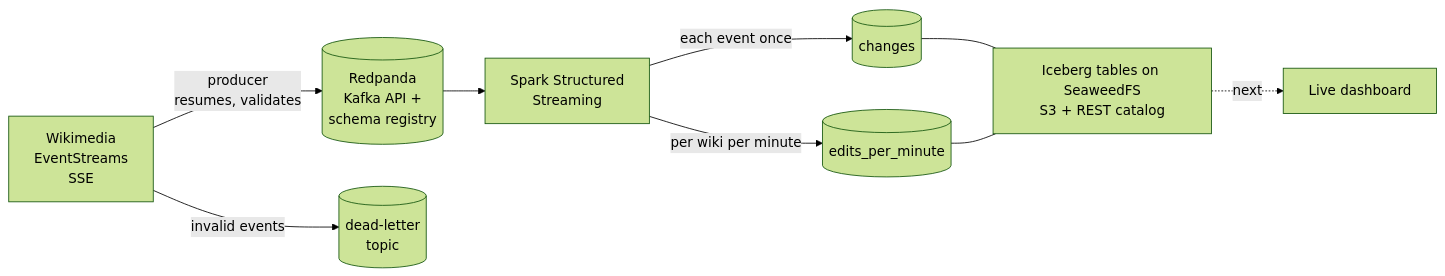
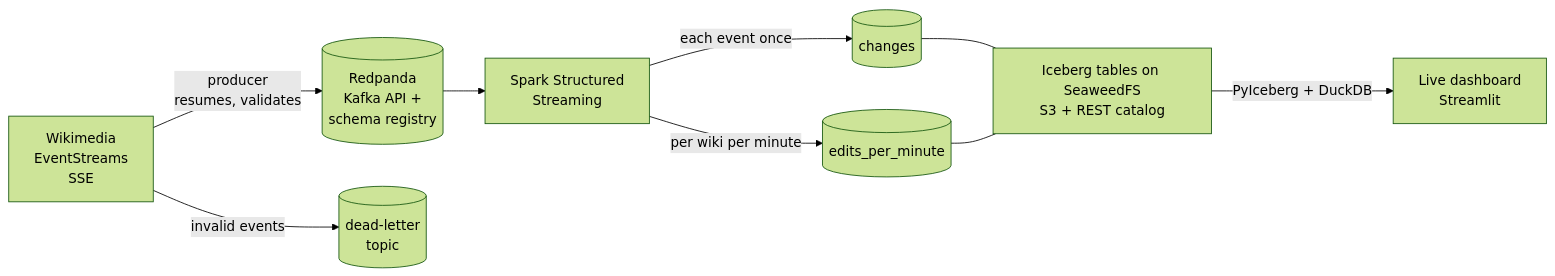
Before and after one commit to OtoTediashvili/wiki-edits-streaming: the diagram in README.md, drawn with Mermaid (forest theme). The commit also changed other lines of this file and 20 other files, not shown here.

Commit message:
Live dashboard: Streamlit over the Iceberg tables, PyIceberg reads, DuckDB SQL

````diff
--- a/README.md
+++ b/README.md
@@ -9,10 +9,10 @@
 ```mermaid
 flowchart LR
     W[Wikimedia<br/>EventStreams<br/>SSE] -->|producer<br/>resumes, validates| R[(Redpanda<br/>Kafka API +<br/>schema registry)]
     W -->|invalid events| Q[(dead-letter<br/>topic)]
     R --> S[Spark Structured<br/>Streaming]
     S -->|each event once| C[(changes)]
     S -->|per wiki per minute| M[(edits_per_minute)]
     C & M --- L[Iceberg tables on SeaweedFS<br/>S3 + REST catalog]
-    L -.->|next| D[Live dashboard]
+    L -->|PyIceberg + DuckDB| D[Live dashboard<br/>Streamlit]
 ```
````
